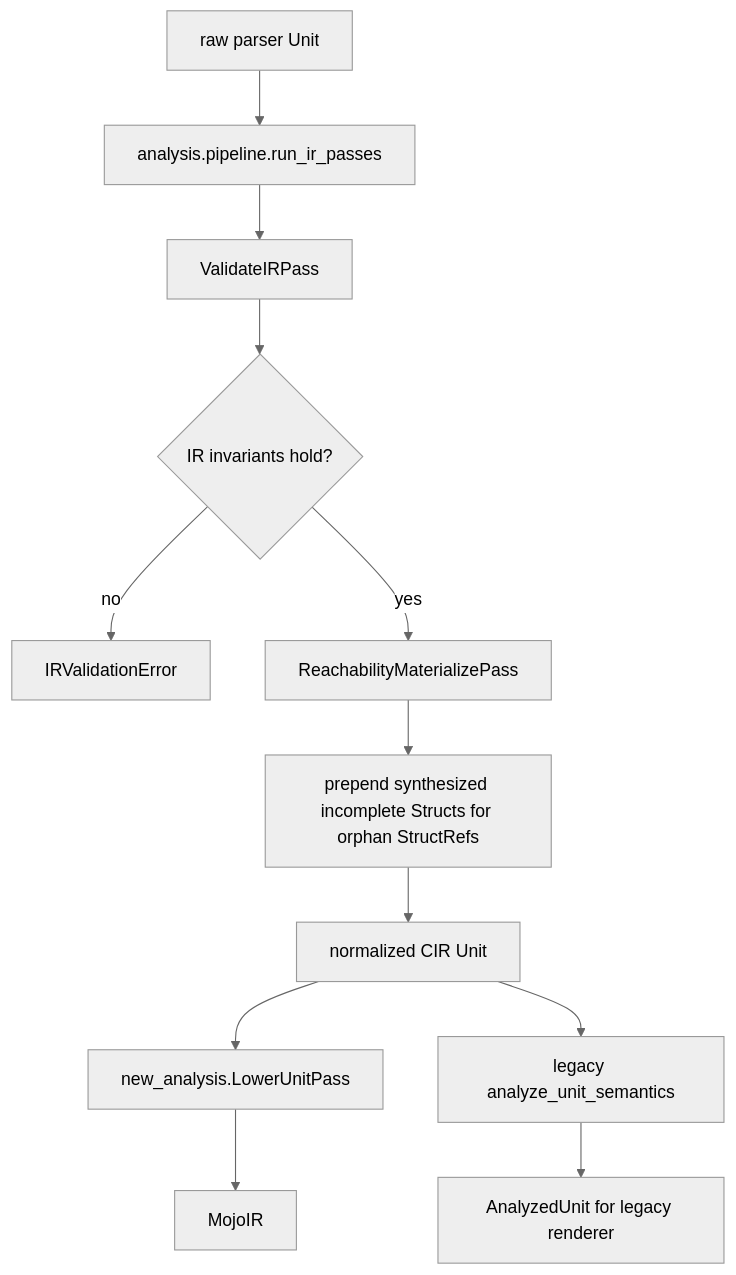
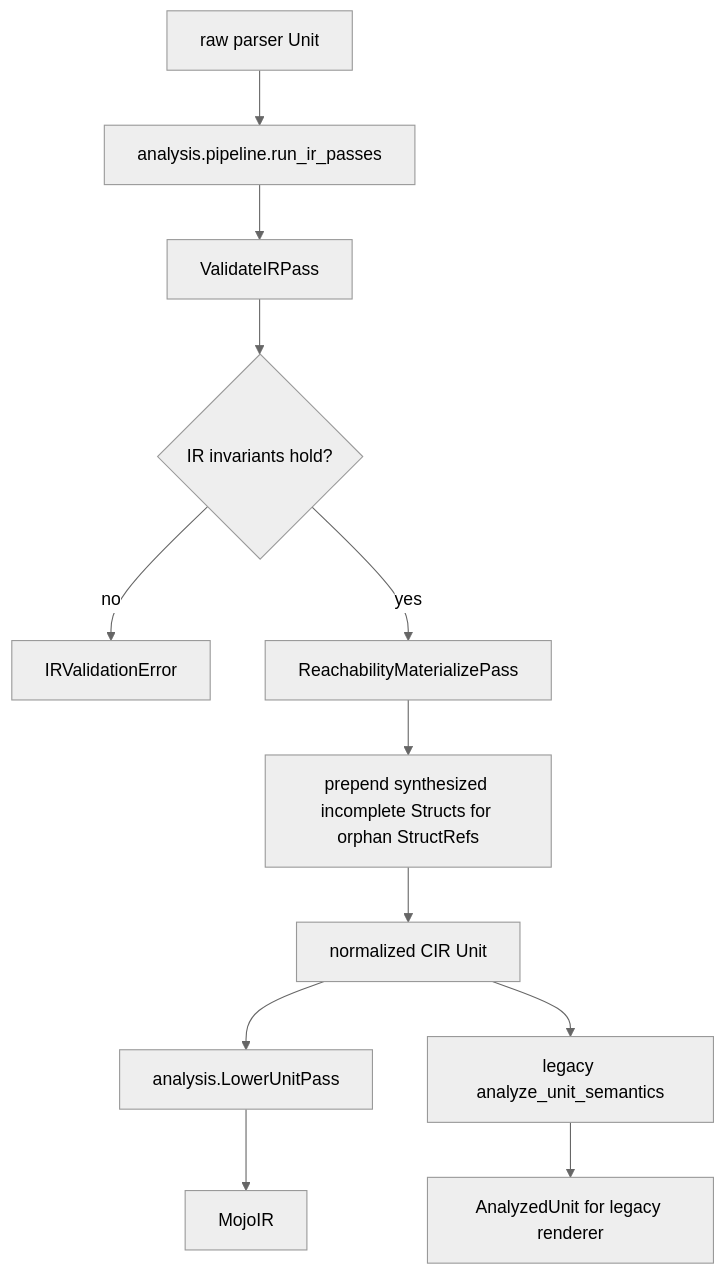
One commit to MoSafi2/mojo_bindgen changed the diagram in docs/cir_passes_pipeline.md. Above: the diagram before and after it, drawn with Mermaid (neutral theme). The commit also changed other lines of this file and 34 other files, not shown here.

````diff
--- a/docs/cir_passes_pipeline.md
+++ b/docs/cir_passes_pipeline.md
@@ -8,16 +8,16 @@
 ```mermaid
 flowchart TD
     A[raw parser Unit] --> B[analysis.pipeline.run_ir_passes]
     B --> C[ValidateIRPass]
     C --> D{IR invariants hold?}
     D -->|no| E[IRValidationError]
     D -->|yes| F[ReachabilityMaterializePass]
     F --> G[prepend synthesized incomplete Structs for orphan StructRefs]
     G --> H[normalized CIR Unit]
 
-    H --> I[new_analysis.LowerUnitPass]
+    H --> I[analysis.LowerUnitPass]
     H --> J[legacy analyze_unit_semantics]
 
     I --> K[MojoIR]
     J --> L[AnalyzedUnit for legacy renderer]
 ```
````
